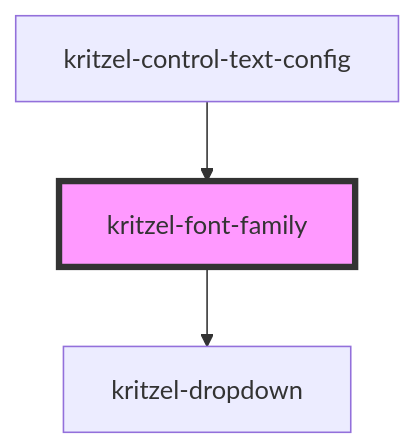
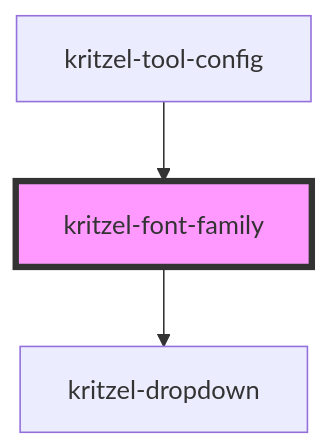
Before and after one commit to kasual1/kritzel: the diagram in libs/kritzel-stencil/src/components/shared/kritzel-font-family/readme.md, drawn with Mermaid. The commit also changed other lines of this file and 20 other files, not shown here.

````diff
--- a/libs/kritzel-stencil/src/components/shared/kritzel-font-family/readme.md
+++ b/libs/kritzel-stencil/src/components/shared/kritzel-font-family/readme.md
@@ -34,6 +34,6 @@
 ```mermaid
 graph TD;
   kritzel-font-family --> kritzel-dropdown
-  kritzel-control-text-config --> kritzel-font-family
+  kritzel-tool-config --> kritzel-font-family
   style kritzel-font-family fill:#f9f,stroke:#333,stroke-width:4px
 ```
````
